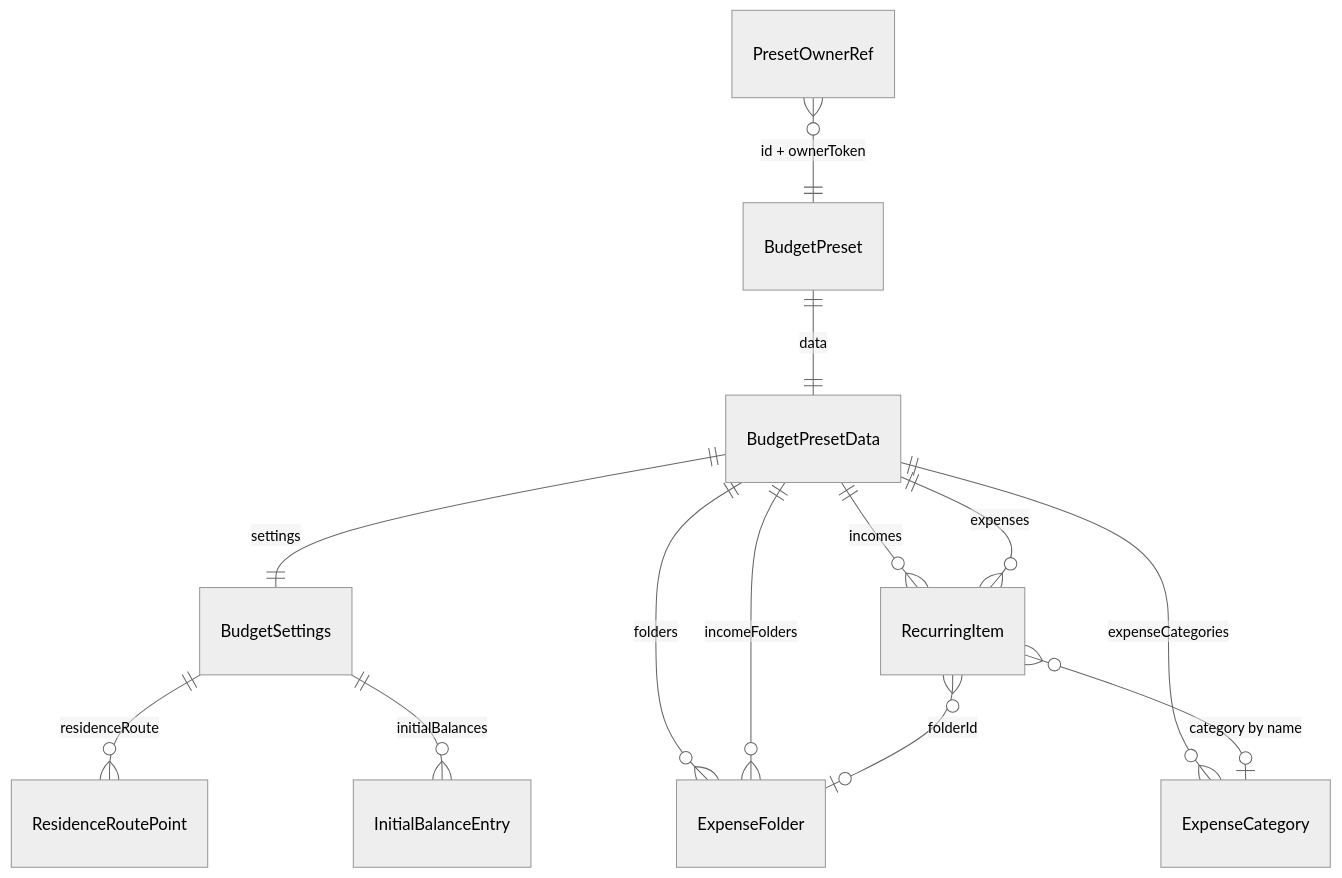
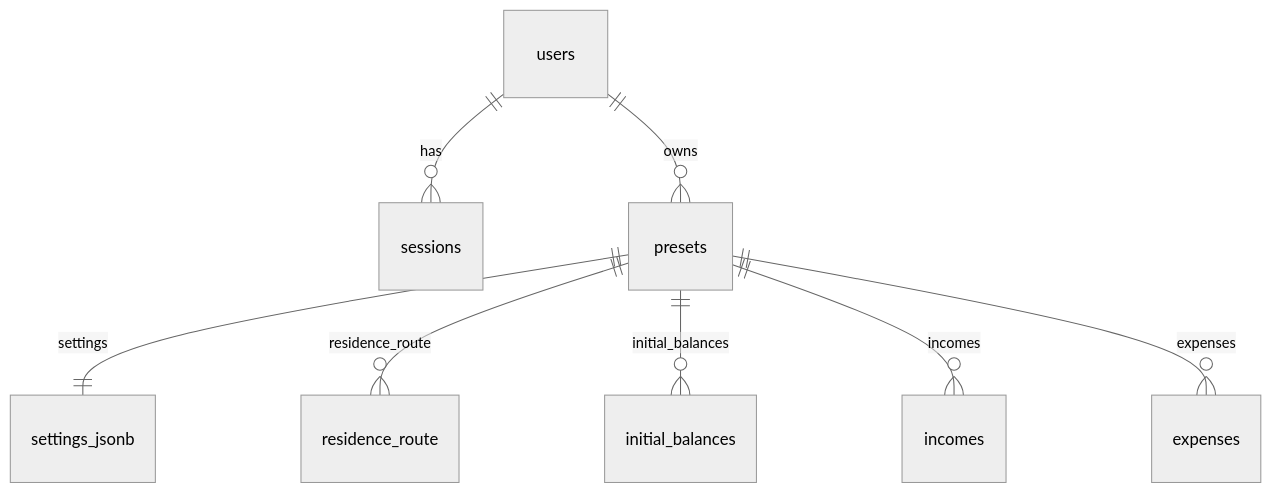
One commit to merdovash/trip_budget changed the second of 2 diagrams in database.md. Above: the diagram before and after it, drawn with Mermaid (neutral theme). The commit also changed other lines of this file and 32 other files, not shown here.

````diff
--- a/database.md
+++ b/database.md
@@ -206,15 +192,10 @@
 ```mermaid
 erDiagram
-  BudgetPreset ||--|| BudgetPresetData : data
-  BudgetPresetData ||--|| BudgetSettings : settings
-  BudgetPresetData ||--o{ RecurringItem : incomes
-  BudgetPresetData ||--o{ RecurringItem : expenses
-  BudgetPresetData ||--o{ ExpenseFolder : folders
-  BudgetPresetData ||--o{ ExpenseFolder : incomeFolders
-  BudgetPresetData ||--o{ ExpenseCategory : expenseCategories
-  BudgetSettings ||--o{ ResidenceRoutePoint : residenceRoute
-  BudgetSettings ||--o{ InitialBalanceEntry : initialBalances
-  RecurringItem }o--o| ExpenseFolder : folderId
-  RecurringItem }o--o| ExpenseCategory : "category by name"
-  PresetOwnerRef }o--|| BudgetPreset : "id + ownerToken"
+  users ||--o{ sessions : has
+  users ||--o{ presets : owns
+  presets ||--|| settings_jsonb : settings
+  presets ||--o{ residence_route : residence_route
+  presets ||--o{ initial_balances : initial_balances
+  presets ||--o{ incomes : incomes
+  presets ||--o{ expenses : expenses
 ```
````
